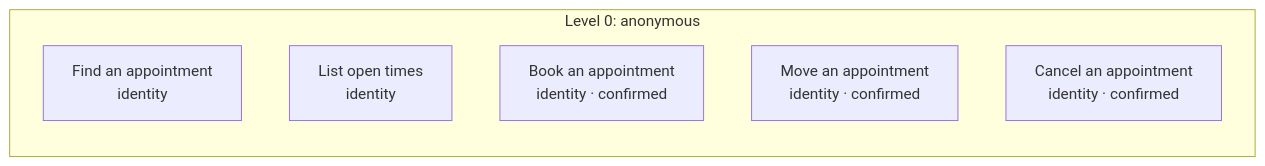
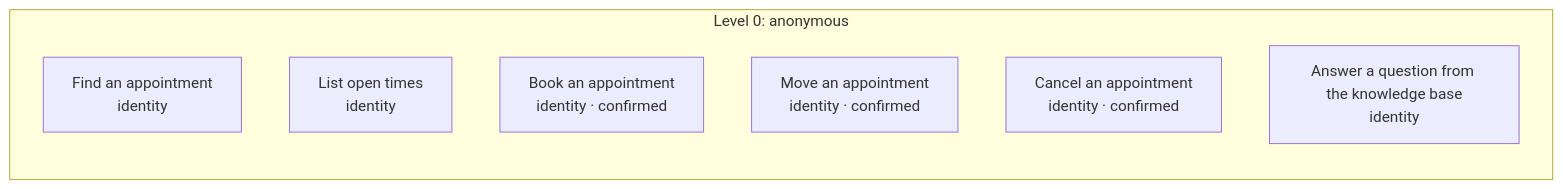
The second of 2 diagrams in apps/clinic/POLICY.md (DialogWright/dialogwright), drawn with Mermaid before and after one commit. The commit also changed other lines of this file and 39 other files, not shown here.

````diff
--- a/apps/clinic/POLICY.md
+++ b/apps/clinic/POLICY.md
@@ -73,10 +75,11 @@
 ```mermaid
 flowchart LR
   subgraph lv0["Level 0: anonymous"]
     a_findAppointment["Find an appointment<br/>identity"]
     a_listOpenings["List open times<br/>identity"]
     a_bookAppointment["Book an appointment<br/>identity · confirmed"]
     a_moveAppointment["Move an appointment<br/>identity · confirmed"]
     a_cancelAppointment["Cancel an appointment<br/>identity · confirmed"]
+    a_answerQuestion["Answer a question from the knowledge base<br/>identity"]
   end
 ```
````
